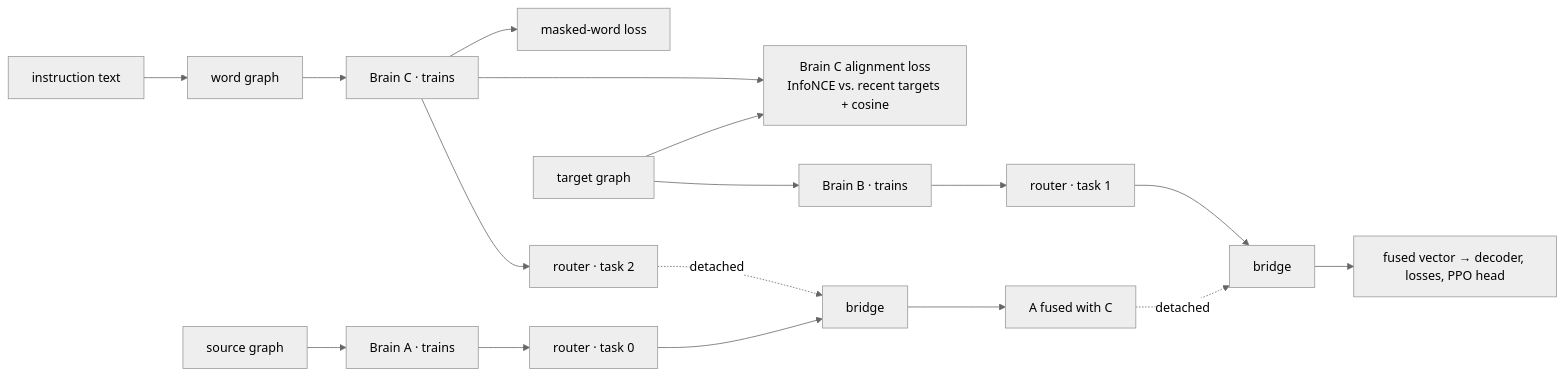
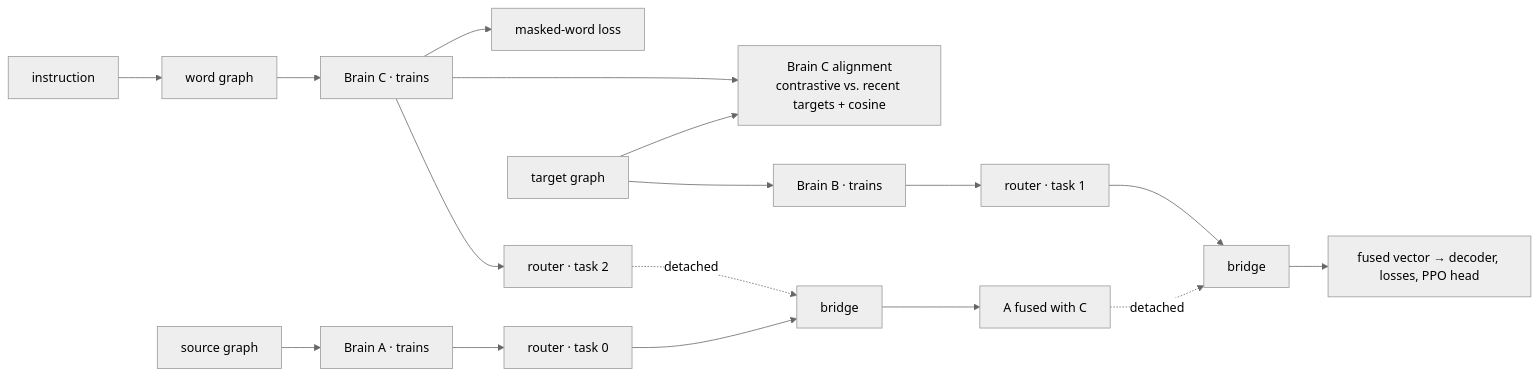
The third of 5 diagrams in README.md (ATECTechnologies/Graph-Language-Assistant), drawn with Mermaid (neutral theme) before and after one commit. The commit also changed other lines of this file, not shown here.

````diff
--- a/README.md
+++ b/README.md
@@ -341,16 +329,16 @@
 ```mermaid
 flowchart LR
-    I[instruction text] --> LG[word graph] --> BC[Brain C · trains]
+    I[instruction] --> LG[word graph] --> BC[Brain C · trains]
     BC --> R2[router · task 2]
     R2 -. detached .-> BR1[bridge]
     S[source graph] --> BA[Brain A · trains]
     BA --> R0[router · task 0] --> BR1
     BR1 --> F1[A fused with C]
     F1 -. detached .-> BR2[bridge]
     T[target graph] --> BB[Brain B · trains]
     BB --> R1[router · task 1] --> BR2
     BR2 --> OUT[fused vector → decoder, losses, PPO head]
-    BC --> AL[Brain C alignment loss<br/>InfoNCE vs. recent targets + cosine]
+    BC --> AL[Brain C alignment<br/>contrastive vs. recent targets + cosine]
     T --> AL
     BC --> MLM[masked-word loss]
 ```
````
